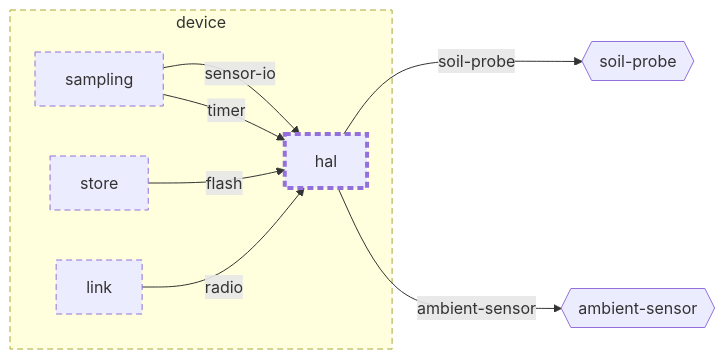
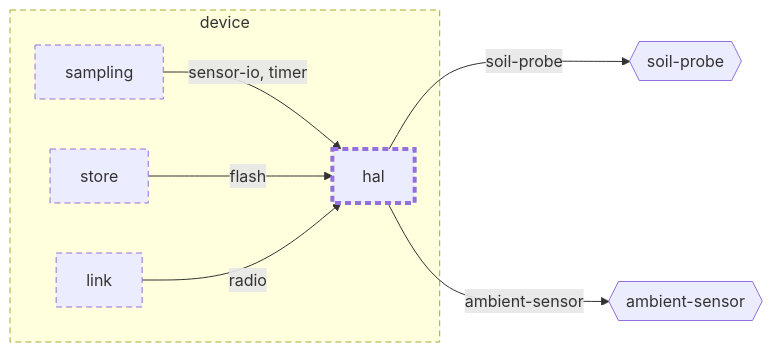
The diagram in examples/plantwatch/device/hal/doc/diagrams/context.md (wackazong/unifold), drawn with Mermaid before and after one commit. The commit also changed other lines of this file and 330 other files, not shown here.

````diff
--- a/examples/plantwatch/device/hal/doc/diagrams/context.md
+++ b/examples/plantwatch/device/hal/doc/diagrams/context.md
@@ -8,25 +8,21 @@
 ```mermaid
 flowchart LR
   subgraph u_device["device"]
-    u_device_hal["hal"]
-    u_device_link["link"]
-    u_device_sampling["sampling"]
-    u_device_store["store"]
+    u_device__hal["hal"]
+    u_device__link["link"]
+    u_device__sampling["sampling"]
+    u_device__store["store"]
   end
-  n_device_soil_probe{{"soil-probe"}}
-  n_device_ambient_sensor{{"ambient-sensor"}}
-  u_device_hal -->|"soil-probe"| n_device_soil_probe
-  u_device_hal -->|"ambient-sensor"| n_device_ambient_sensor
-  u_device_sampling -->|"sensor-io"| u_device_hal
-  u_device_sampling -->|"timer"| u_device_hal
-  u_device_store -->|"flash"| u_device_hal
-  u_device_link -->|"radio"| u_device_hal
-  click u_device_hal href "../../README.md"
-  click u_device_link href "../../../link/README.md"
-  click u_device_sampling href "../../../sampling/README.md"
-  click u_device_store href "../../../store/README.md"
+  n_device___soil_dprobe{{"soil-probe"}}
+  n_device___ambient_dsensor{{"ambient-sensor"}}
+  u_device__hal -->|"soil-probe"| n_device___soil_dprobe
+  u_device__hal -->|"ambient-sensor"| n_device___ambient_dsensor
+  u_device__sampling -->|"sensor-io, timer"| u_device__hal
+  u_device__store -->|"flash"| u_device__hal
+  u_device__link -->|"radio"| u_device__hal
   classDef focus stroke-width:4px
   classDef planned stroke-dasharray:6 4
-  class u_device,u_device_hal,u_device_link,u_device_sampling,u_device_store planned
-  class u_device_hal focus
+  classDef plain stroke-dasharray:2 3
+  class u_device,u_device__hal,u_device__link,u_device__sampling,u_device__store planned
+  class u_device__hal focus
 ```
````
